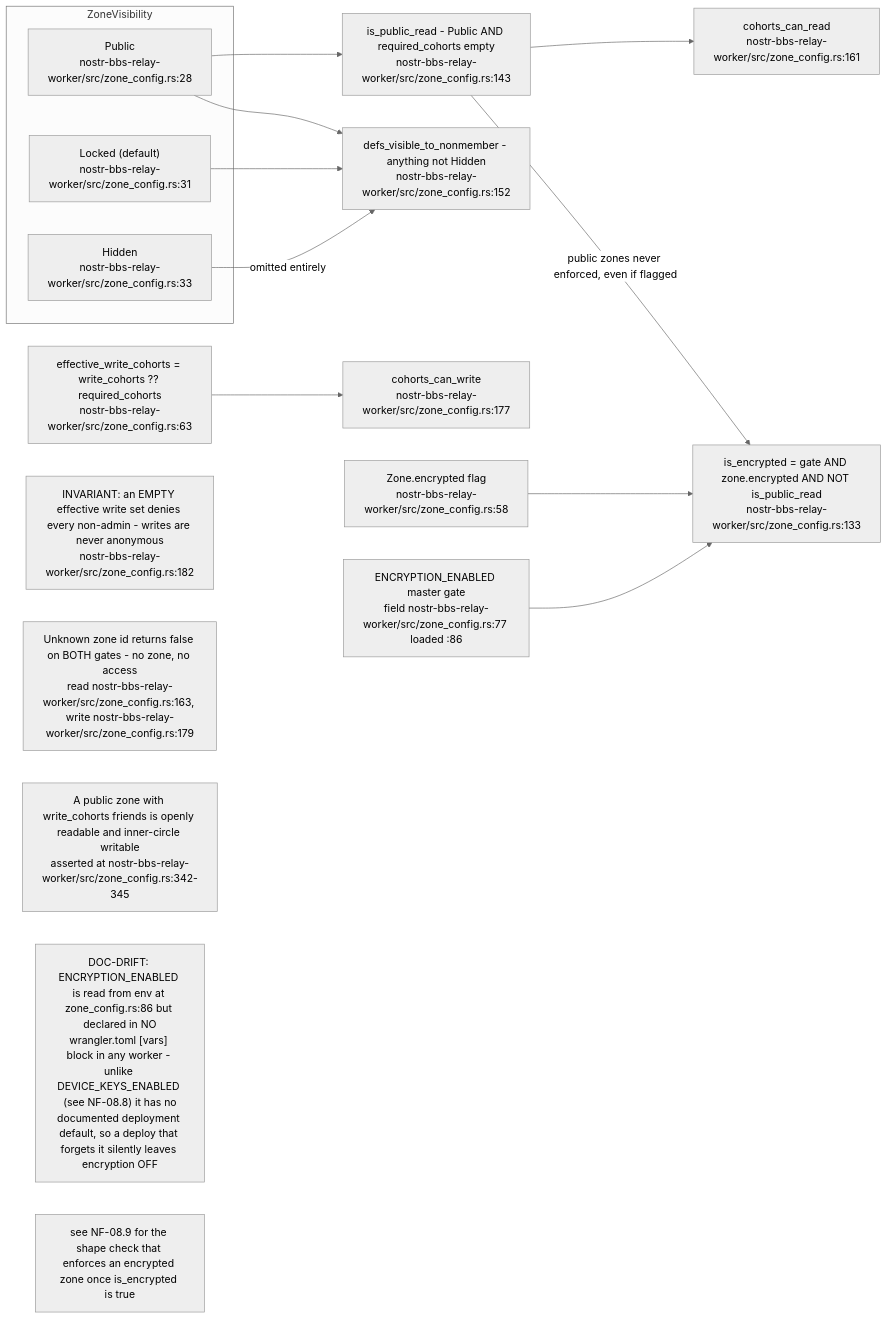
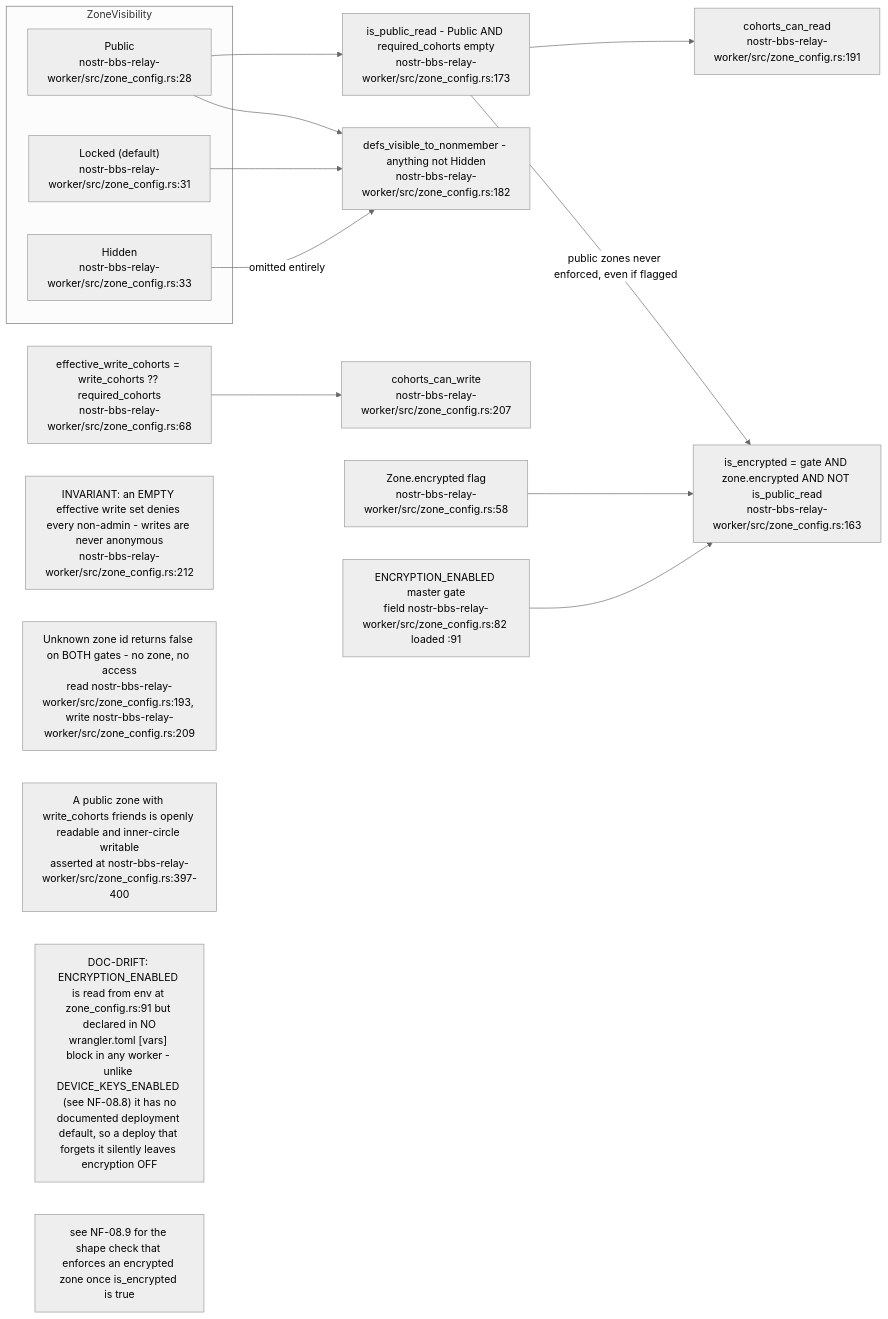
Before and after one commit to DreamLab-AI/VisionFlow: the second of 11 diagrams in docs/diagrams/nostr-rust-forum/08-config-zones-stores-and-admin-authority.md, drawn with Mermaid (neutral theme). The commit also changed other lines of this file and 1 other file, not shown here.

First line of the commit message:
docs(diagrams): NF-08 and NF-25 re-verified at nostr-rust-forum af4f0d5

````diff
--- a/docs/diagrams/nostr-rust-forum/08-config-zones-stores-and-admin-authority.md
+++ b/docs/diagrams/nostr-rust-forum/08-config-zones-stores-and-admin-authority.md
@@ -74,31 +81,31 @@
 ```mermaid
 flowchart LR
     subgraph vis["ZoneVisibility"]
         PUB["Public<br/>nostr-bbs-relay-worker/src/zone_config.rs:28"]
         LOCK["Locked (default)<br/>nostr-bbs-relay-worker/src/zone_config.rs:31"]
         HID["Hidden<br/>nostr-bbs-relay-worker/src/zone_config.rs:33"]
     end
-    READ["cohorts_can_read<br/>nostr-bbs-relay-worker/src/zone_config.rs:161"]
-    WRITE["cohorts_can_write<br/>nostr-bbs-relay-worker/src/zone_config.rs:177"]
-    PUBR["is_public_read - Public AND required_cohorts empty<br/>nostr-bbs-relay-worker/src/zone_config.rs:143"]
-    DEFS["defs_visible_to_nonmember - anything not Hidden<br/>nostr-bbs-relay-worker/src/zone_config.rs:152"]
-    EFF["effective_write_cohorts = write_cohorts ?? required_cohorts<br/>nostr-bbs-relay-worker/src/zone_config.rs:63"]
+    READ["cohorts_can_read<br/>nostr-bbs-relay-worker/src/zone_config.rs:191"]
+    WRITE["cohorts_can_write<br/>nostr-bbs-relay-worker/src/zone_config.rs:207"]
+    PUBR["is_public_read - Public AND required_cohorts empty<br/>nostr-bbs-relay-worker/src/zone_config.rs:173"]
+    DEFS["defs_visible_to_nonmember - anything not Hidden<br/>nostr-bbs-relay-worker/src/zone_config.rs:182"]
+    EFF["effective_write_cohorts = write_cohorts ?? required_cohorts<br/>nostr-bbs-relay-worker/src/zone_config.rs:68"]
     ZENC["Zone.encrypted flag<br/>nostr-bbs-relay-worker/src/zone_config.rs:58"]
-    MGATE["ENCRYPTION_ENABLED master gate<br/>field nostr-bbs-relay-worker/src/zone_config.rs:77 loaded :86"]
-    ISENC["is_encrypted = gate AND zone.encrypted AND NOT is_public_read<br/>nostr-bbs-relay-worker/src/zone_config.rs:133"]
+    MGATE["ENCRYPTION_ENABLED master gate<br/>field nostr-bbs-relay-worker/src/zone_config.rs:82 loaded :91"]
+    ISENC["is_encrypted = gate AND zone.encrypted AND NOT is_public_read<br/>nostr-bbs-relay-worker/src/zone_config.rs:163"]
 
     PUB --> PUBR --> READ
     LOCK --> DEFS
     PUB --> DEFS
     HID -->|"omitted entirely"| DEFS
     EFF --> WRITE
     ZENC --> ISENC
     MGATE --> ISENC
     PUBR -->|"public zones never enforced, even if flagged"| ISENC
 
-    N1["INVARIANT: an EMPTY effective write set denies every non-admin - writes are never anonymous<br/>nostr-bbs-relay-worker/src/zone_config.rs:182"]
-    N2["Unknown zone id returns false on BOTH gates - no zone, no access<br/>read nostr-bbs-relay-worker/src/zone_config.rs:163, write nostr-bbs-relay-worker/src/zone_config.rs:179"]
-    N3["A public zone with write_cohorts friends is openly readable and inner-circle writable<br/>asserted at nostr-bbs-relay-worker/src/zone_config.rs:342-345"]
-    N4["DOC-DRIFT: ENCRYPTION_ENABLED is read from env at zone_config.rs:86 but declared in NO<br/>wrangler.toml [vars] block in any worker - unlike DEVICE_KEYS_ENABLED (see NF-08.8) it has no<br/>documented deployment default, so a deploy that forgets it silently leaves encryption OFF"]
+    N1["INVARIANT: an EMPTY effective write set denies every non-admin - writes are never anonymous<br/>nostr-bbs-relay-worker/src/zone_config.rs:212"]
+    N2["Unknown zone id returns false on BOTH gates - no zone, no access<br/>read nostr-bbs-relay-worker/src/zone_config.rs:193, write nostr-bbs-relay-worker/src/zone_config.rs:209"]
+    N3["A public zone with write_cohorts friends is openly readable and inner-circle writable<br/>asserted at nostr-bbs-relay-worker/src/zone_config.rs:397-400"]
+    N4["DOC-DRIFT: ENCRYPTION_ENABLED is read from env at zone_config.rs:91 but declared in NO<br/>wrangler.toml [vars] block in any worker - unlike DEVICE_KEYS_ENABLED (see NF-08.8) it has no<br/>documented deployment default, so a deploy that forgets it silently leaves encryption OFF"]
     N5["see NF-08.9 for the shape check that enforces an encrypted zone once is_encrypted is true"]
 ```
````
